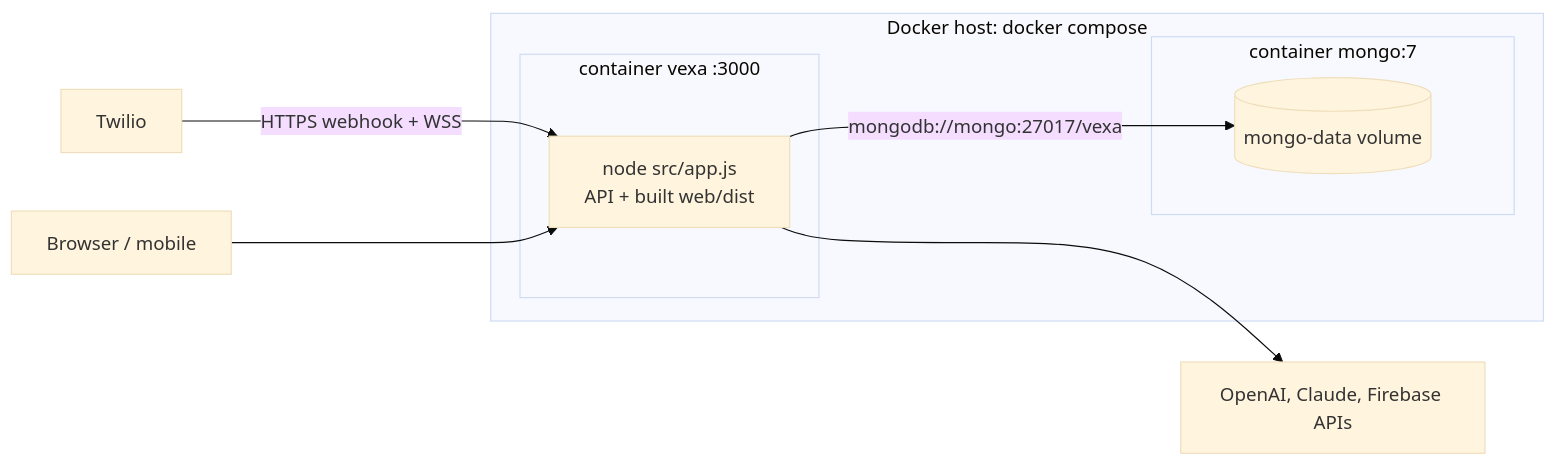
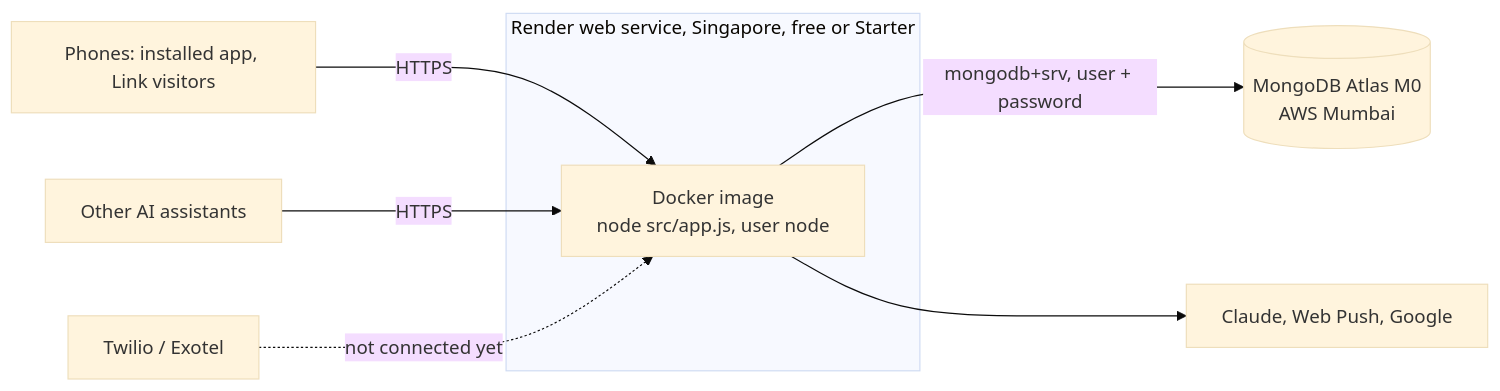
One commit to Phani3108/Vexa changed the ninth of 10 diagrams in README.md. Above: the diagram before and after it, drawn with Mermaid (base theme). The commit also changed other lines of this file and 4 other files, not shown here.

````diff
--- a/README.md
+++ b/README.md
@@ -771,15 +829,12 @@
 ```mermaid
 flowchart LR
-  subgraph host[Docker host: docker compose]
-    subgraph c1[container vexa :3000]
-      n[node src/app.js<br/>API + built web/dist]
-    end
-    subgraph c2[container mongo:7]
-      m[(mongo-data volume)]
-    end
-    n -->|mongodb://mongo:27017/vexa| m
+  subgraph render[Render web service, Singapore, free or Starter]
+    n[Docker image<br/>node src/app.js, user node]
   end
-  tw[Twilio] -->|HTTPS webhook + WSS| n
-  n --> ai[OpenAI, Claude, Firebase APIs]
-  user[Browser / mobile] --> n
+  atlas[(MongoDB Atlas M0<br/>AWS Mumbai)]
+  n -->|mongodb+srv, user + password| atlas
+  phones[Phones: installed app, Link visitors] -->|HTTPS| n
+  agents[Other AI assistants] -->|HTTPS| n
+  n --> ext[Claude, Web Push, Google]
+  tw[Twilio / Exotel] -.->|not connected yet| n
 ```
````
